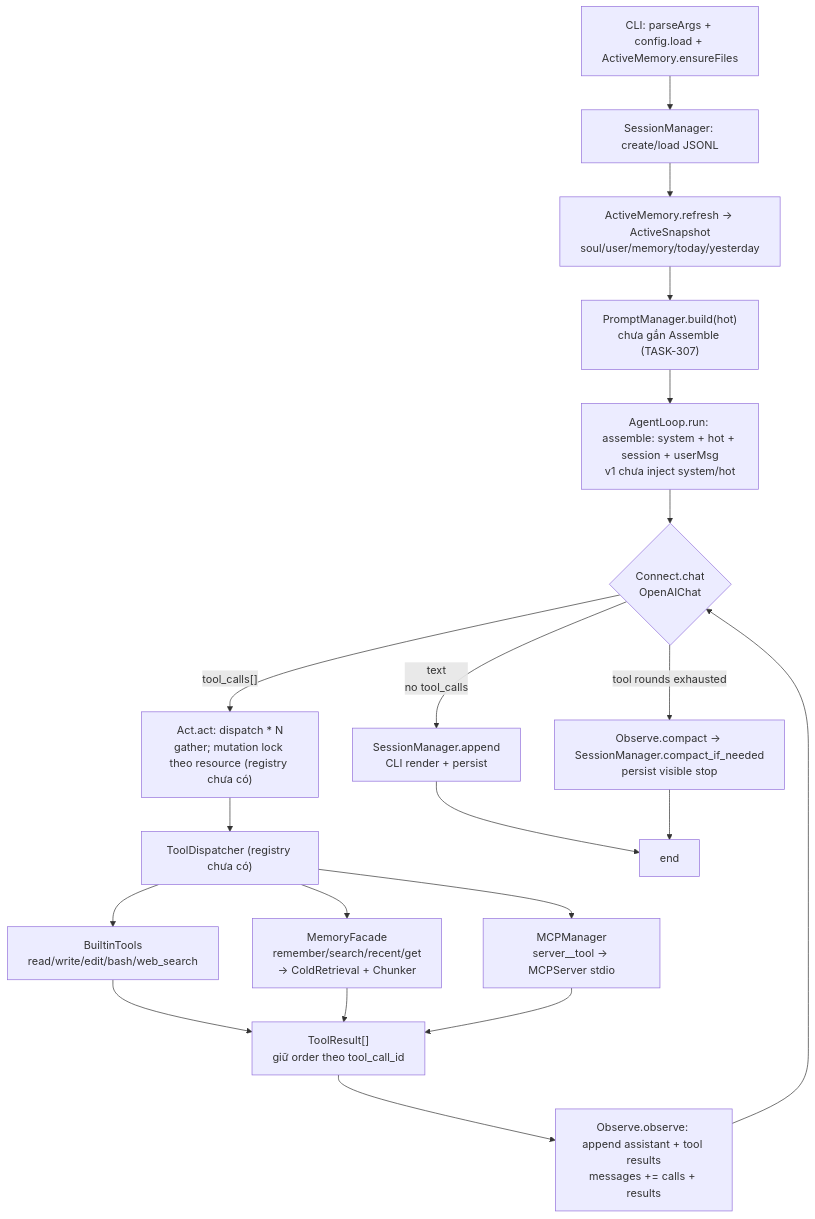
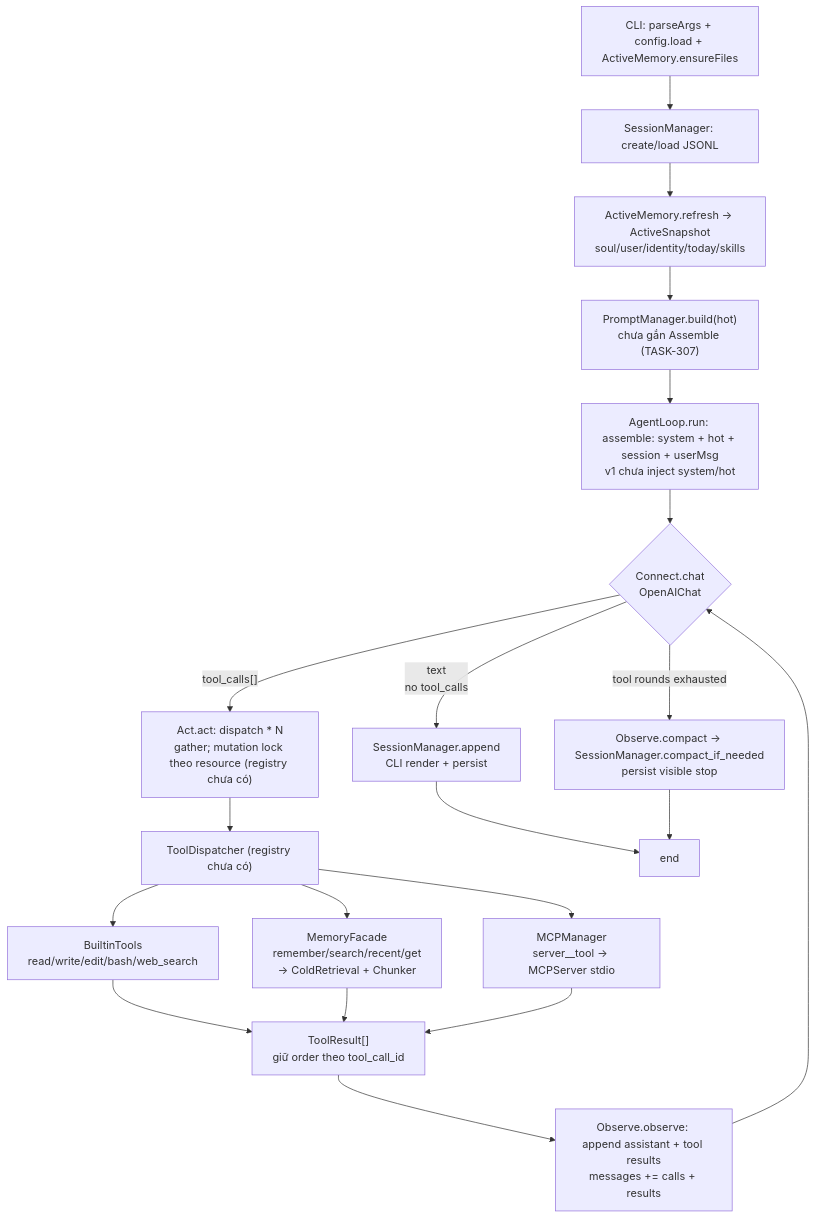
Before and after one commit to Flowerf19/thyca-ai: the diagram in .agents/plans/thyca-agent-architecture.md, drawn with Mermaid. The commit also changed other lines of this file and 13 other files, not shown here.

````diff
--- a/.agents/plans/thyca-agent-architecture.md
+++ b/.agents/plans/thyca-agent-architecture.md
@@ -62,20 +62,20 @@
 ```mermaid
 flowchart TD
     A["CLI: parseArgs + config.load + ActiveMemory.ensureFiles"] --> B["SessionManager: create/load JSONL"]
-    B --> C["ActiveMemory.refresh -> ActiveSnapshot<br/>soul/user/memory/today/yesterday"]
+    B --> C["ActiveMemory.refresh -> ActiveSnapshot<br/>soul/user/identity/today/skills"]
     C --> D["PromptManager.build(hot)<br/>chưa gắn Assemble (TASK-307)"]
     D --> E["AgentLoop.run: assemble: system + hot + session + userMsg<br/>v1 chưa inject system/hot"]
     E --> F{"Connect.chat<br/>OpenAIChat"}
     F -- "text<br/>no tool_calls" --> G["SessionManager.append<br/>CLI render + persist"]
     F -- "tool_calls[]" --> H["Act.act: dispatch * N<br/>gather; mutation lock theo resource (registry chưa có)"]
     H --> I["ToolDispatcher (registry chưa có)"]
     I --> J1["BuiltinTools<br/>read/write/edit/bash/web_search"]
     I --> J2["MemoryFacade<br/>remember/search/recent/get<br/>-> ColdRetrieval + Chunker"]
     I --> J3["MCPManager<br/>server__tool -> MCPServer stdio"]
     J1 & J2 & J3 --> K["ToolResult[]<br/>giữ order theo tool_call_id"]
     K --> L["Observe.observe: append assistant + tool results<br/>messages += calls + results"]
     L --> F
     F -- "tool rounds exhausted" --> M["Observe.compact -> SessionManager.compact_if_needed<br/>persist visible stop"]
     G --> N["end"]
     M --> N
 ```
````
